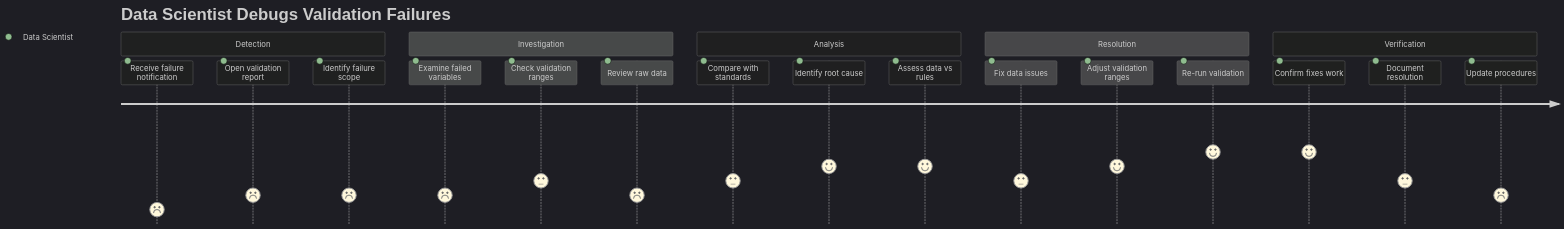
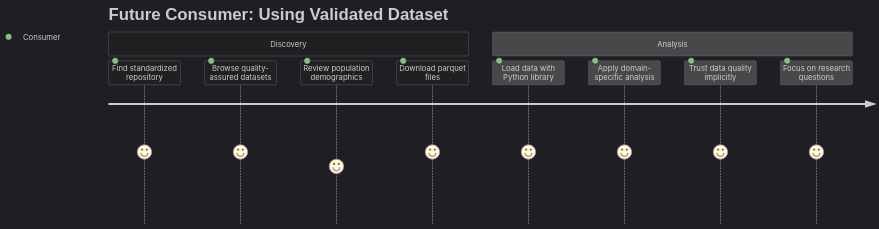
Before and after one commit to jmontp/LocoHub: the fourth of 4 diagrams in docs/software_engineering/07_user_journey_maps.md, drawn with Mermaid. The commit also changed other lines of this file and 4 other files, not shown here.

````diff
--- a/docs/software_engineering/07_user_journey_maps.md
+++ b/docs/software_engineering/07_user_journey_maps.md
@@ -814,25 +137,15 @@
 ```mermaid
 %%{init: {'theme': 'dark'}}%%
 journey
-    title Data Scientist Debugs Validation Failures
-    section Detection
-      Receive failure notification: 1: Data Scientist
-      Open validation report: 2: Data Scientist
-      Identify failure scope: 2: Data Scientist
-    section Investigation
-      Examine failed variables: 2: Data Scientist
-      Check validation ranges: 3: Data Scientist
-      Review raw data: 2: Data Scientist
+    title Future Consumer: Using Validated Dataset
+    section Discovery
+      Find standardized repository: 5: Consumer
+      Browse quality-assured datasets: 5: Consumer
+      Review population demographics: 4: Consumer
+      Download parquet files: 5: Consumer
     section Analysis
-      Compare with standards: 3: Data Scientist
-      Identify root cause: 4: Data Scientist
-      Assess data vs rules: 4: Data Scientist
-    section Resolution
-      Fix data issues: 3: Data Scientist
-      Adjust validation ranges: 4: Data Scientist
-      Re-run validation: 5: Data Scientist
-    section Verification
-      Confirm fixes work: 5: Data Scientist
-      Document resolution: 3: Data Scientist
-      Update procedures: 2: Data Scientist
+      Load data with Python library: 5: Consumer
+      Apply domain-specific analysis: 5: Consumer
+      Trust data quality implicitly: 5: Consumer
+      Focus on research questions: 5: Consumer
 ```
````
